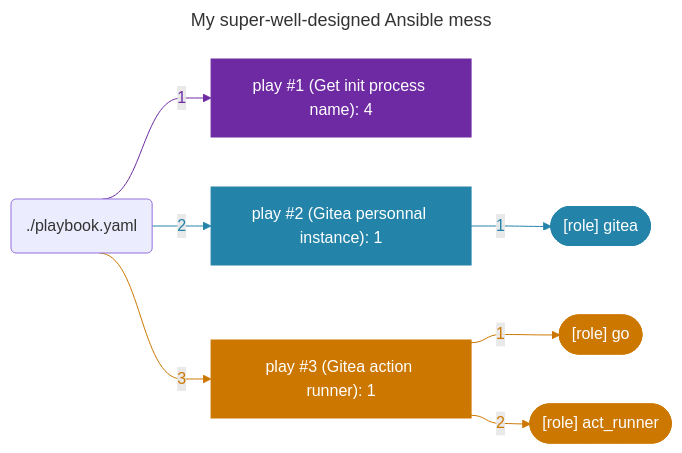
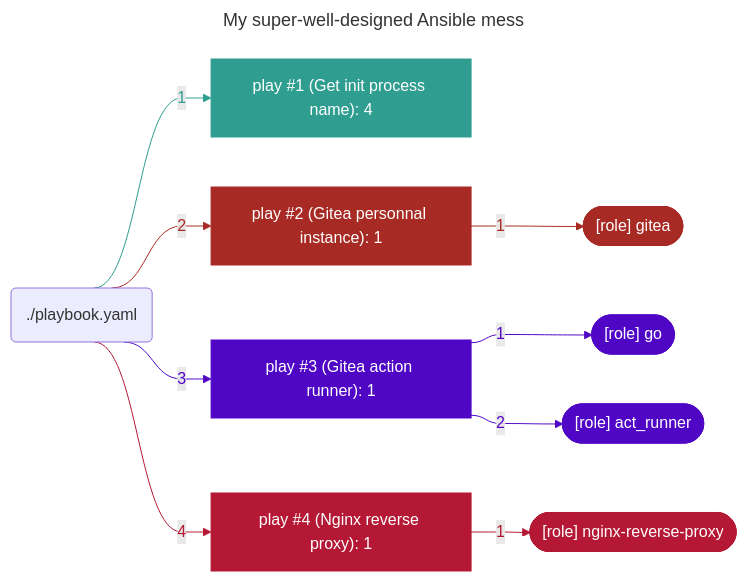
Before and after one commit to boyreau/boyreau: the diagram in README.md, drawn with Mermaid.

Commit message:
profile graph automatic update

````diff
--- a/README.md
+++ b/README.md
@@ -48,47 +48,59 @@
 ```mermaid
 ---
 title: "My super-well-designed Ansible mess"
 ---
 %%{ init: { "flowchart": { "curve": "bumpX" } } }%%
 flowchart LR
 	%% Start of the playbook './playbook.yaml'
-	playbook_9fd6921e("./playbook.yaml")
+	playbook_6df43d61("./playbook.yaml")
 		%% Start of the play 'play #1 (Get init process name): 4'
-		play_43e08b53["play #1 (Get init process name): 4"]
-		style play_43e08b53 stroke:#6e2aa2,fill:#6e2aa2,color:#ffffff
-		playbook_9fd6921e --> |"1"| play_43e08b53
-		linkStyle 0 stroke:#6e2aa2,color:#6e2aa2
+		play_84b6ed82["play #1 (Get init process name): 4"]
+		style play_84b6ed82 stroke:#2f9d90,fill:#2f9d90,color:#ffffff
+		playbook_6df43d61 --> |"1"| play_84b6ed82
+		linkStyle 0 stroke:#2f9d90,color:#2f9d90
 		%% End of the play 'play #1 (Get init process name): 4'
 		%% Start of the play 'play #2 (Gitea personnal instance): 1'
-		play_6d4593f7["play #2 (Gitea personnal instance): 1"]
-		style play_6d4593f7 stroke:#2483a8,fill:#2483a8,color:#ffffff
-		playbook_9fd6921e --> |"2"| play_6d4593f7
-		linkStyle 1 stroke:#2483a8,color:#2483a8
+		play_6b9627e2["play #2 (Gitea personnal instance): 1"]
+		style play_6b9627e2 stroke:#a82a24,fill:#a82a24,color:#ffffff
+		playbook_6df43d61 --> |"2"| play_6b9627e2
+		linkStyle 1 stroke:#a82a24,color:#a82a24
 			%% Start of the role '[role] gitea'
-			play_6d4593f7 --> |"1 "| role_552bcdb0
-			linkStyle 2 stroke:#2483a8,color:#2483a8
-			role_552bcdb0(["[role] gitea"])
-			style role_552bcdb0 fill:#2483a8,color:#ffffff,stroke:#2483a8
+			play_6b9627e2 --> |"1 "| role_7ee01add
+			linkStyle 2 stroke:#a82a24,color:#a82a24
+			role_7ee01add(["[role] gitea"])
+			style role_7ee01add fill:#a82a24,color:#ffffff,stroke:#a82a24
 			%% End of the role '[role] gitea'
 		%% End of the play 'play #2 (Gitea personnal instance): 1'
 		%% Start of the play 'play #3 (Gitea action runner): 1'
-		play_a615e5ae["play #3 (Gitea action runner): 1"]
-		style play_a615e5ae stroke:#cc7700,fill:#cc7700,color:#ffffff
-		playbook_9fd6921e --> |"3"| play_a615e5ae
-		linkStyle 3 stroke:#cc7700,color:#cc7700
+		play_31972b10["play #3 (Gitea action runner): 1"]
+		style play_31972b10 stroke:#5007c5,fill:#5007c5,color:#ffffff
+		playbook_6df43d61 --> |"3"| play_31972b10
+		linkStyle 3 stroke:#5007c5,color:#5007c5
 			%% Start of the role '[role] go'
-			play_a615e5ae --> |"1 "| role_466a7b4d
-			linkStyle 4 stroke:#cc7700,color:#cc7700
-			role_466a7b4d(["[role] go"])
-			style role_466a7b4d fill:#cc7700,color:#ffffff,stroke:#cc7700
+			play_31972b10 --> |"1 "| role_30f31cc9
+			linkStyle 4 stroke:#5007c5,color:#5007c5
+			role_30f31cc9(["[role] go"])
+			style role_30f31cc9 fill:#5007c5,color:#ffffff,stroke:#5007c5
 			%% End of the role '[role] go'
 			%% Start of the role '[role] act_runner'
-			play_a615e5ae --> |"2 "| role_8f6f9f57
-			linkStyle 5 stroke:#cc7700,color:#cc7700
-			role_8f6f9f57(["[role] act_runner"])
-			style role_8f6f9f57 fill:#cc7700,color:#ffffff,stroke:#cc7700
+			play_31972b10 --> |"2 "| role_a063e626
+			linkStyle 5 stroke:#5007c5,color:#5007c5
+			role_a063e626(["[role] act_runner"])
+			style role_a063e626 fill:#5007c5,color:#ffffff,stroke:#5007c5
 			%% End of the role '[role] act_runner'
 		%% End of the play 'play #3 (Gitea action runner): 1'
+		%% Start of the play 'play #4 (Nginx reverse proxy): 1'
+		play_6c3236cc["play #4 (Nginx reverse proxy): 1"]
+		style play_6c3236cc stroke:#b41834,fill:#b41834,color:#ffffff
+		playbook_6df43d61 --> |"4"| play_6c3236cc
+		linkStyle 6 stroke:#b41834,color:#b41834
+			%% Start of the role '[role] nginx-reverse-proxy'
+			play_6c3236cc --> |"1 "| role_31d7e87b
+			linkStyle 7 stroke:#b41834,color:#b41834
+			role_31d7e87b(["[role] nginx-reverse-proxy"])
+			style role_31d7e87b fill:#b41834,color:#ffffff,stroke:#b41834
+			%% End of the role '[role] nginx-reverse-proxy'
+		%% End of the play 'play #4 (Nginx reverse proxy): 1'
 	%% End of the playbook './playbook.yaml'
 
 ```
````
